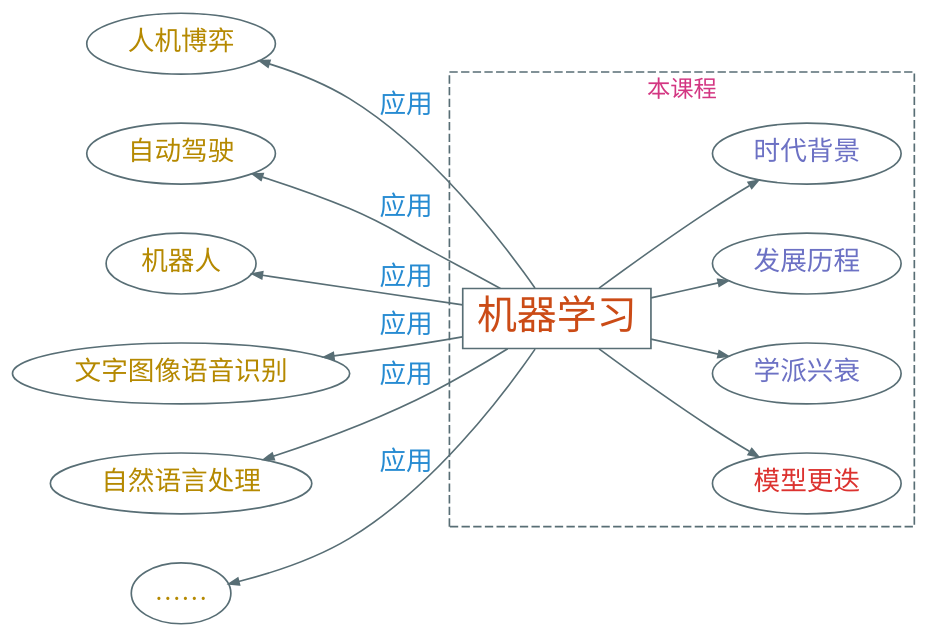
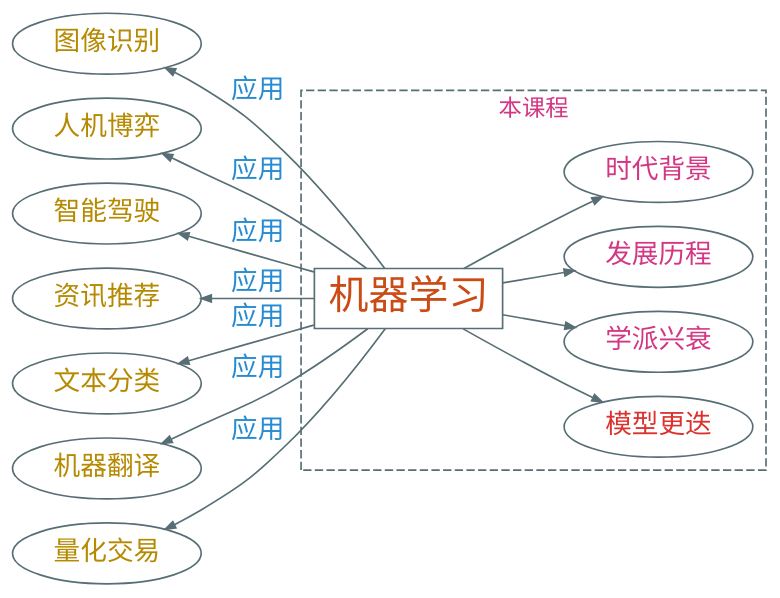
The diagram in dot/ml-app-dev.dot (Avanti1980/presentation), drawn with Graphviz before and after one commit. The commit also changed 49 other files, not shown here.

```diff
--- a/dot/ml-app-dev.dot
+++ b/dot/ml-app-dev.dot
@@ -1,27 +1,26 @@
 digraph g {
+    bgcolor=transparent
+    graph [nodesep=0.2, ranksep=0.5]
     rankdir=LR
-    graph [nodesep=0.4 ranksep=0.5]
-    bgcolor="transparent"
+    node [shape=ellipse, color="#586e75", fontcolor="#b58900", fontsize=16, fontname="LXGWWenKai"]
+    edge [color="#586e75", fontcolor="#268bd2", fontsize=16, fontname="LXGWWenKai", arrowsize=0.6]
 
-    node [shape=ellipse color="#586e75" fontcolor="#b58900" fontsize=16 fontname="EBG,LXGW"]
-    edge [color="#586e75" fontcolor="#268bd2" fontsize=16 fontname="EBG,LXGW" arrowsize=0.6]
-
-    机器学习 [shape=box fontsize=24 fontcolor="#cb4b16"]
-    {人机博弈,自动驾驶,机器人,文字图像语音识别,自然语言处理,……} -> 机器学习 [label="应用" dir=back]
+    机器学习 [shape=box, fontsize=24, fontcolor="#cb4b16"]
+    {图像识别, 人机博弈, 智能驾驶, 资讯推荐, 文本分类, 机器翻译, 量化交易} -> 机器学习 [label="应用", dir=back]
 
     node [fontcolor="#dc322f"]
 
     subgraph cluster_0 {
         style=dashed
-        fontname="EBG,LXGW"
+        fontname="LXGWWenKai"
         label=本课程
         color="#586e75"
         fontcolor="#d33682"
 
         机器学习 -> {模型更迭}
 
-        node [fontcolor="#6c71c4"]
+        node [fontcolor="#d33682"]
 
-        机器学习 -> {学派兴衰,发展历程,时代背景}
+        机器学习 -> {学派兴衰, 发展历程, 时代背景}
     }
 }
```
